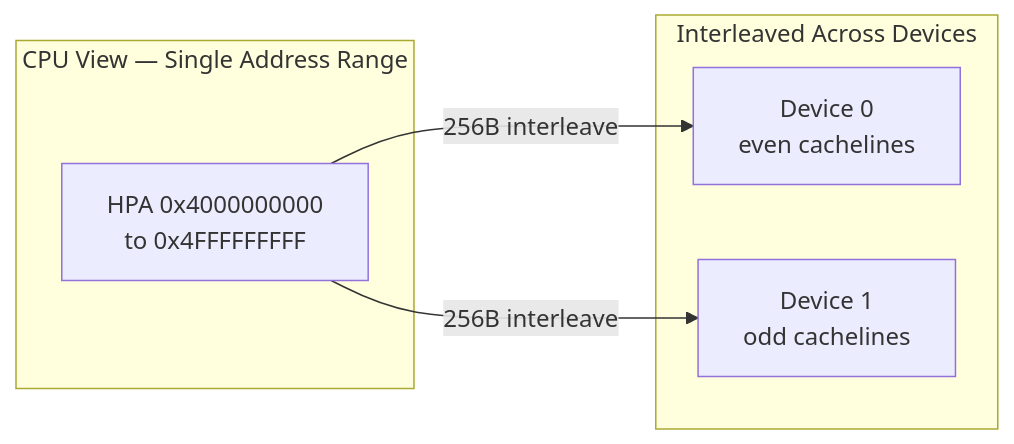
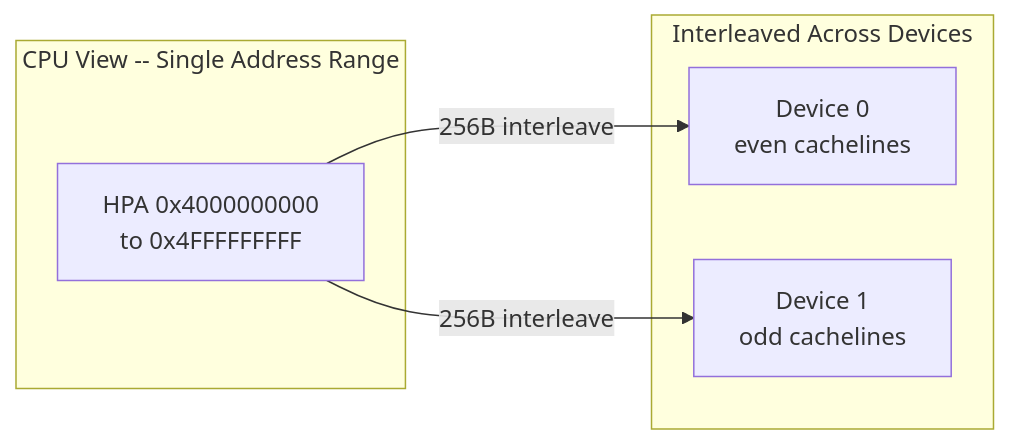
One commit to Abhinav-Kumar012/lb2 changed the fifth of 9 diagrams in src/kernel/memory/cxl.md. Above: the diagram before and after it, drawn with Mermaid. The commit also changed other lines of this file and 211 other files, not shown here.

First line of the commit message:
fix: mermaid syntax issues across 212 files

````diff
--- a/src/kernel/memory/cxl.md
+++ b/src/kernel/memory/cxl.md
@@ -262,14 +262,14 @@
 ```mermaid
 graph LR
-    subgraph "CPU View — Single Address Range"
-        HPA["HPA 0x4000000000<br/>to 0x4FFFFFFFFF"]
+    subgraph "CPU View -- Single Address Range"
+        HPA["HPA 0x4000000000<br>to 0x4FFFFFFFFF"]
     end
 
     subgraph "Interleaved Across Devices"
-        DEV0["Device 0<br/>even cachelines"]
-        DEV1["Device 1<br/>odd cachelines"]
+        DEV0["Device 0<br>even cachelines"]
+        DEV1["Device 1<br>odd cachelines"]
     end
 
     HPA -->|"256B interleave"| DEV0
     HPA -->|"256B interleave"| DEV1
 ```
````
